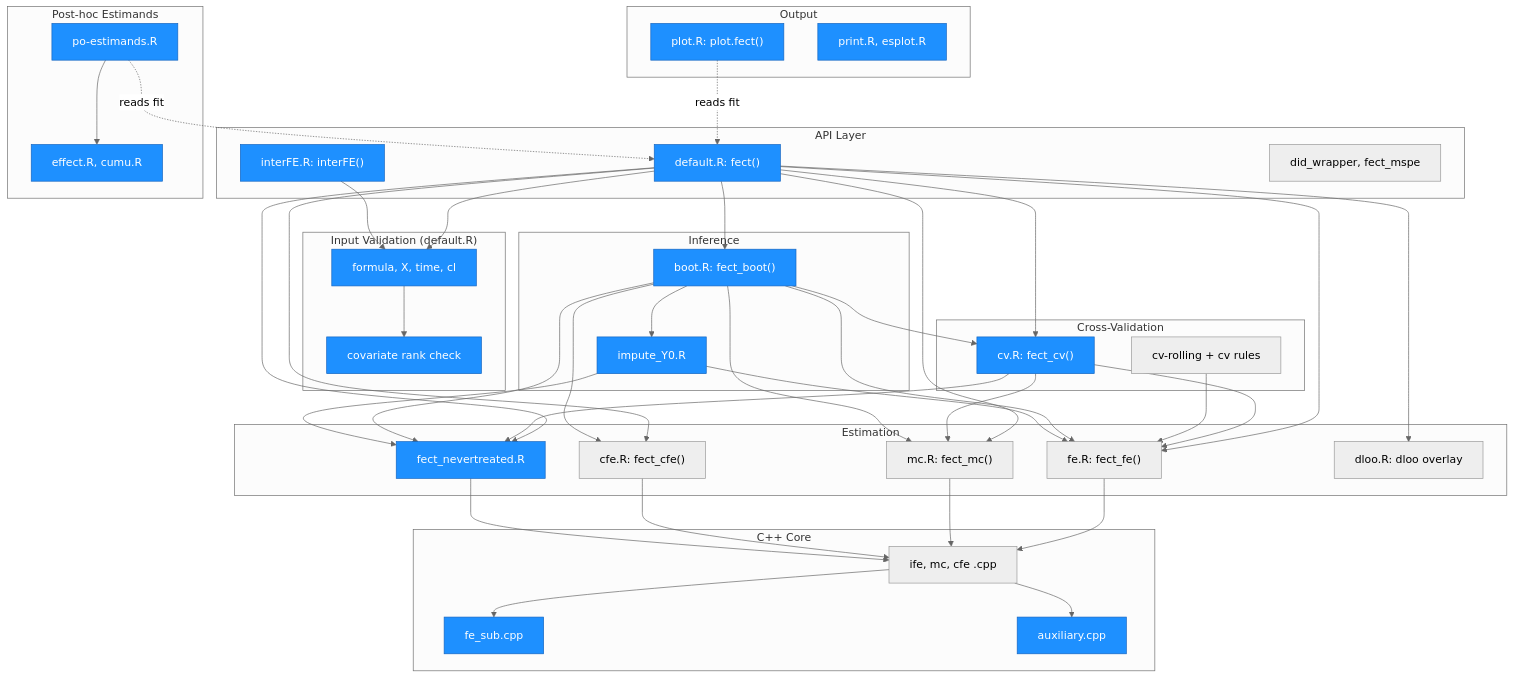
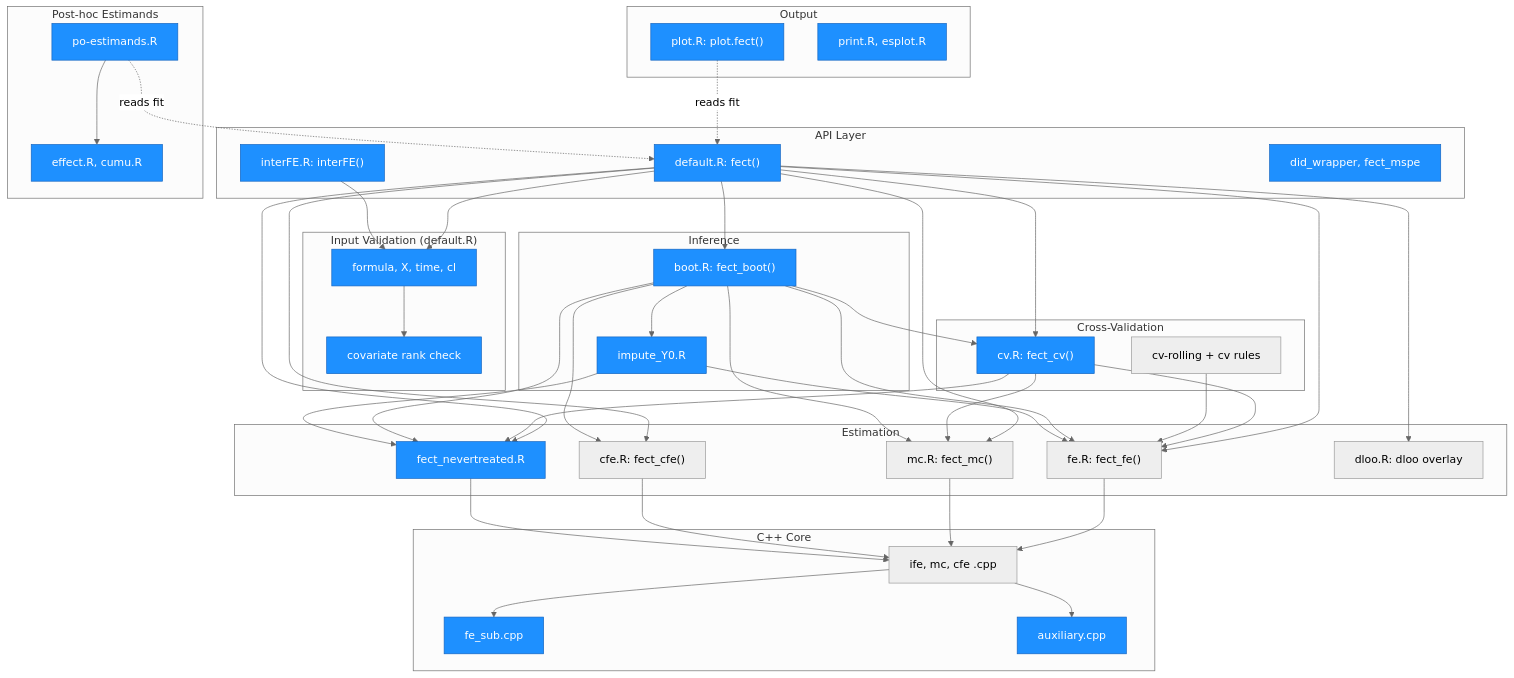
The first of 5 diagrams in ARCHITECTURE.md (xuyiqing/fect), drawn with Mermaid before and after one commit. The commit also changed other lines of this file, not shown here.

First line of the commit message:
docs: ARCHITECTURE.md covers the fixes ported onto PR #151

```diff
--- a/ARCHITECTURE.md
+++ b/ARCHITECTURE.md
@@ -108,6 +112,7 @@
 
     style A1 fill:#1e90ff,stroke:#1565c0,color:#fff
     style A2 fill:#1e90ff,stroke:#1565c0,color:#fff
+    style A3 fill:#1e90ff,stroke:#1565c0,color:#fff
     style V1 fill:#1e90ff,stroke:#1565c0,color:#fff
     style V2 fill:#1e90ff,stroke:#1565c0,color:#fff
     style E4 fill:#1e90ff,stroke:#1565c0,color:#fff
```
